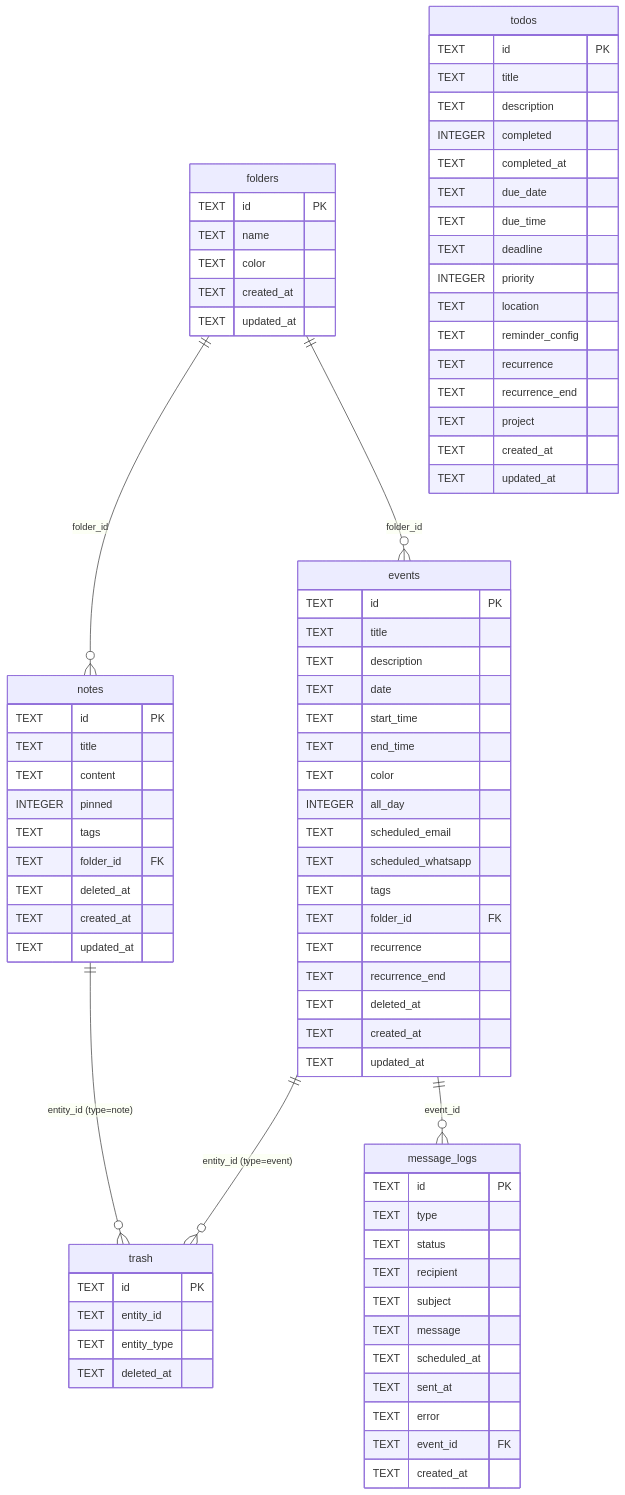
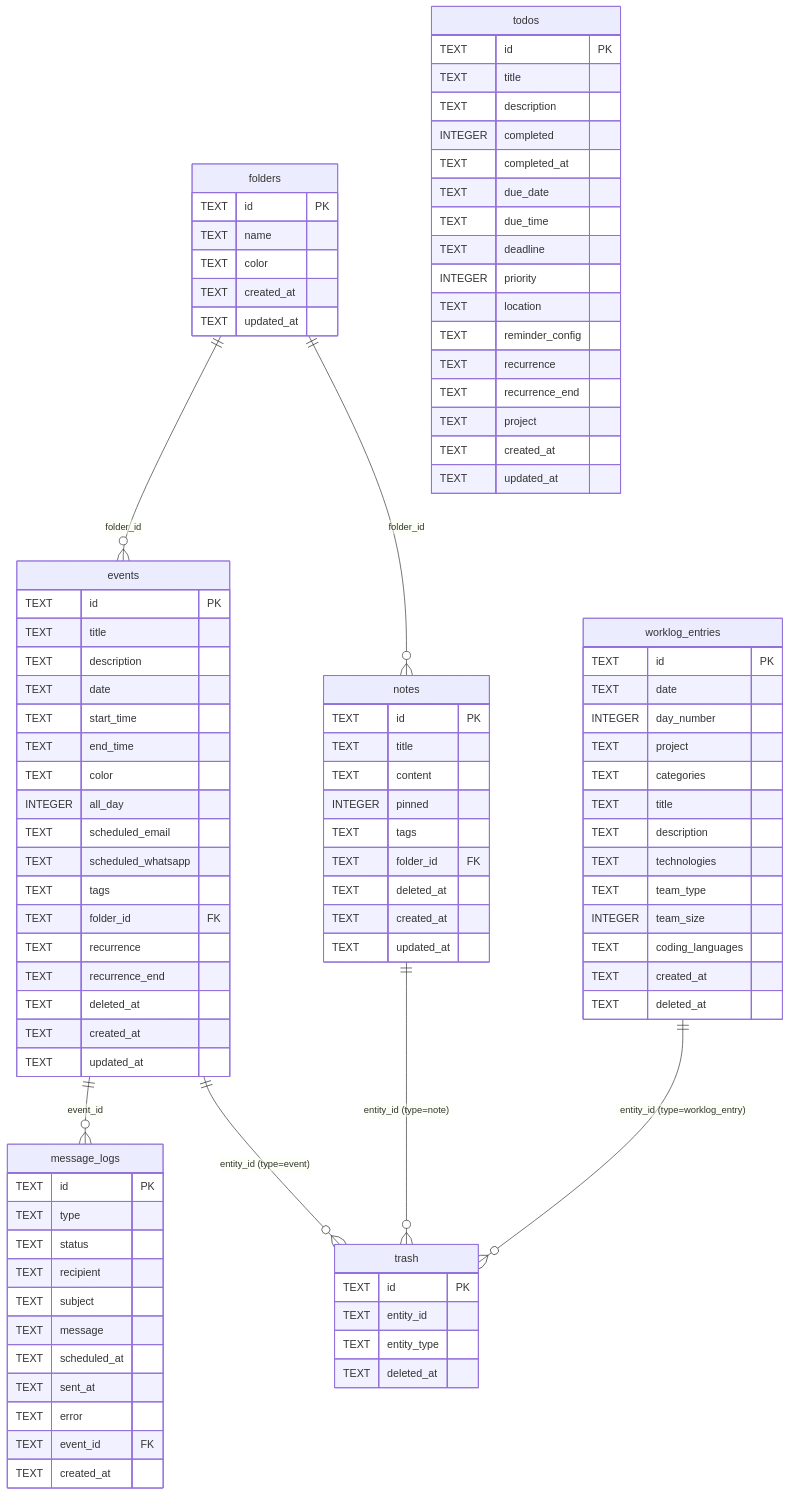
One commit to AharonSegal/hackathon-proj changed the diagram in docs/database.md. Above: the diagram before and after it, drawn with Mermaid. The commit also changed other lines of this file and 2 other files, not shown here.

First line of the commit message:
docs: update database.md + DAILY_LOG_FEATURE.md and add database-diagram.md

````diff
--- a/docs/database.md
+++ b/docs/database.md
@@ -550,9 +679,26 @@
         TEXT updated_at
     }
 
-    folders ||--o{ notes  : "folder_id"
-    folders ||--o{ events : "folder_id"
-    notes   ||--o{ trash  : "entity_id (type=note)"
-    events  ||--o{ trash  : "entity_id (type=event)"
-    events  ||--o{ message_logs : "event_id"
+    worklog_entries {
+        TEXT id PK
+        TEXT date
+        INTEGER day_number
+        TEXT project
+        TEXT categories
+        TEXT title
+        TEXT description
+        TEXT technologies
+        TEXT team_type
+        INTEGER team_size
+        TEXT coding_languages
+        TEXT created_at
+        TEXT deleted_at
+    }
+
+    folders ||--o{ notes           : "folder_id"
+    folders ||--o{ events          : "folder_id"
+    notes   ||--o{ trash           : "entity_id (type=note)"
+    events  ||--o{ trash           : "entity_id (type=event)"
+    events  ||--o{ message_logs    : "event_id"
+    worklog_entries ||--o{ trash   : "entity_id (type=worklog_entry)"
 ```
````
